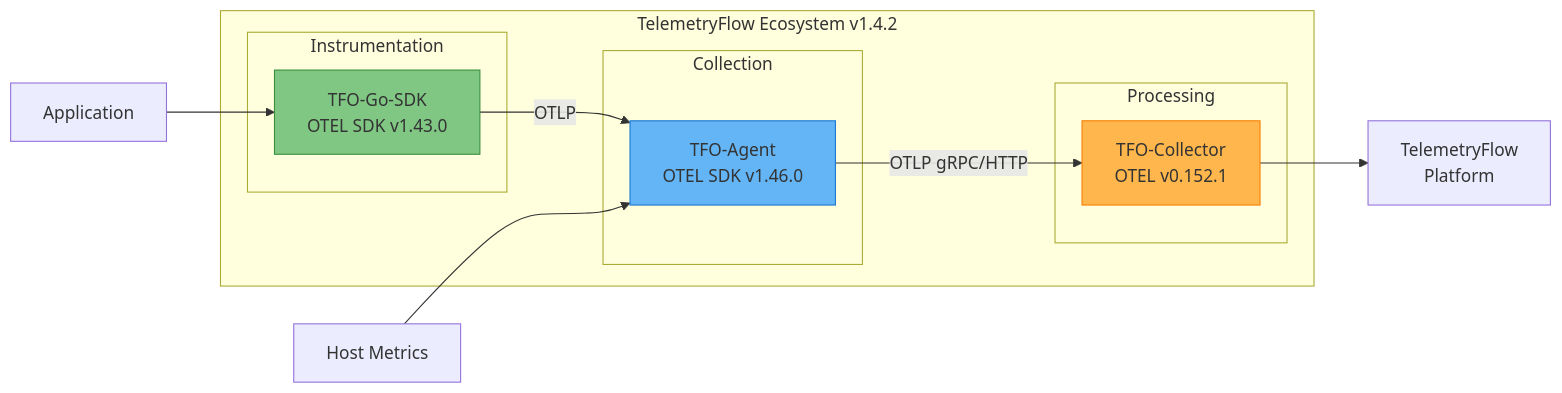
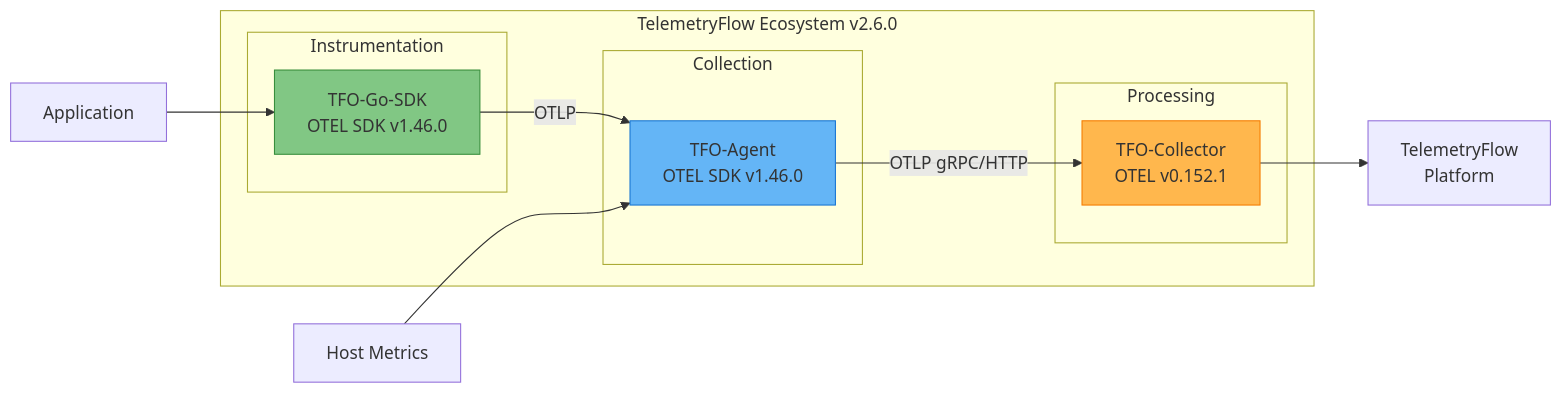
The diagram in README.md (telemetryflow/telemetryflow-agent), drawn with Mermaid before and after one commit. The commit also changed other lines of this file and 25 other files, not shown here.

````diff
--- a/README.md
+++ b/README.md
@@ -34,26 +34,26 @@
 ```mermaid
 graph LR
-    subgraph "TelemetryFlow Ecosystem v1.4.2"
+    subgraph "TelemetryFlow Ecosystem v2.6.0"
         subgraph "Instrumentation"
-            SDK[TFO-Go-SDK<br/>OTEL SDK v1.43.0]
+            SDK[TFO-Go-SDK<br/>OTEL SDK v1.46.0]
         end
 
         subgraph "Collection"
             AGENT[TFO-Agent<br/>OTEL SDK v1.46.0]
         end
 
         subgraph "Processing"
             COLLECTOR[TFO-Collector<br/>OTEL v0.152.1]
         end
     end
 
     APP[Application] --> SDK
     SDK -->|OTLP| AGENT
     HOST[Host Metrics] --> AGENT
     AGENT -->|OTLP gRPC/HTTP| COLLECTOR
     COLLECTOR --> BACKEND[TelemetryFlow<br/>Platform]
 
     style SDK fill:#81C784,stroke:#388E3C
     style AGENT fill:#64B5F6,stroke:#1976D2
     style COLLECTOR fill:#FFB74D,stroke:#F57C00
 ```
````
